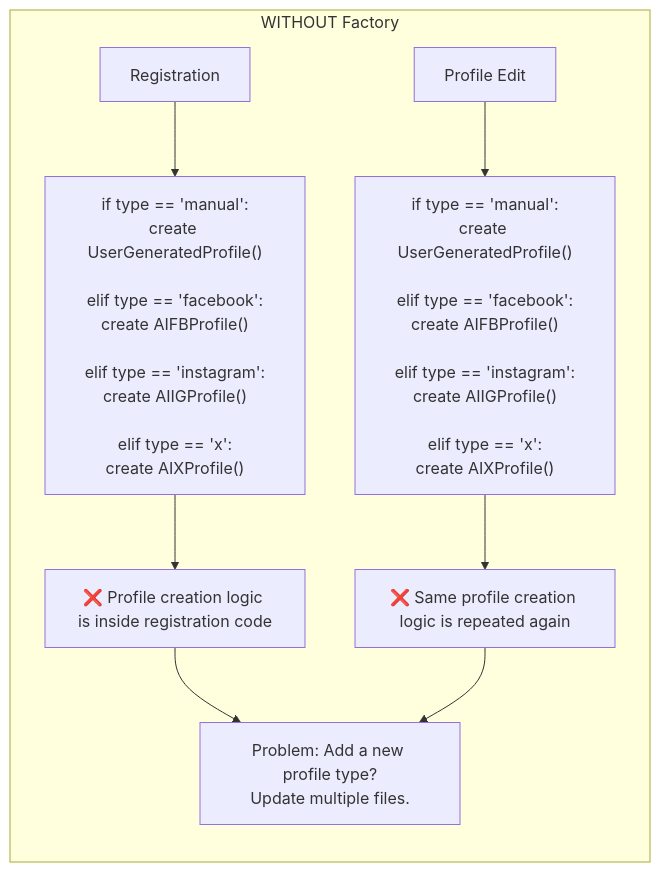
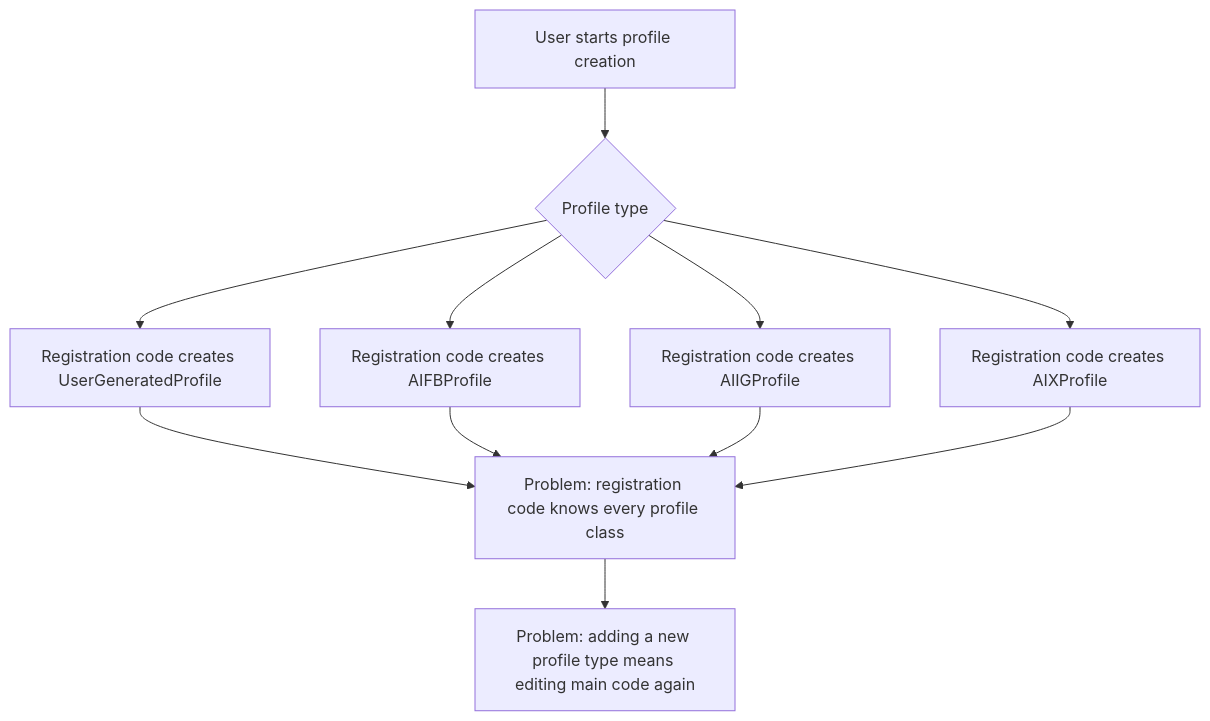
One commit to NellePot/FirstRepository changed the first of 2 diagrams in README.md. Above: the diagram before and after it, drawn with Mermaid. The commit also changed other lines of this file, not shown here.

````diff
--- a/README.md
+++ b/README.md
@@ -5,16 +3,16 @@
 ```mermaid
 flowchart TD
-    subgraph W["WITHOUT Factory"]
-        direction TB
+    A[User starts profile creation] --> B{Profile type}
 
-        A[Registration] --> B["if type == 'manual':<br/>create UserGeneratedProfile()<br/><br/>elif type == 'facebook':<br/>create AIFBProfile()<br/><br/>elif type == 'instagram':<br/>create AIIGProfile()<br/><br/>elif type == 'x':<br/>create AIXProfile()"]
+    B --> C[Registration code creates UserGeneratedProfile]
+    B --> D[Registration code creates AIFBProfile]
+    B --> E[Registration code creates AIIGProfile]
+    B --> F[Registration code creates AIXProfile]
 
-        C[Profile Edit] --> D["if type == 'manual':<br/>create UserGeneratedProfile()<br/><br/>elif type == 'facebook':<br/>create AIFBProfile()<br/><br/>elif type == 'instagram':<br/>create AIIGProfile()<br/><br/>elif type == 'x':<br/>create AIXProfile()"]
+    C --> G[Problem: registration code knows every profile class]
+    D --> G
+    E --> G
+    F --> G
 
-        B --> E["❌ Profile creation logic is inside registration code"]
-        D --> F["❌ Same profile creation logic is repeated again"]
-
-        E --> G["Problem: Add a new profile type?<br/>Update multiple files."]
-        F --> G
-    end
+    G --> H[Problem: adding a new profile type means editing main code again]
 ```
````
